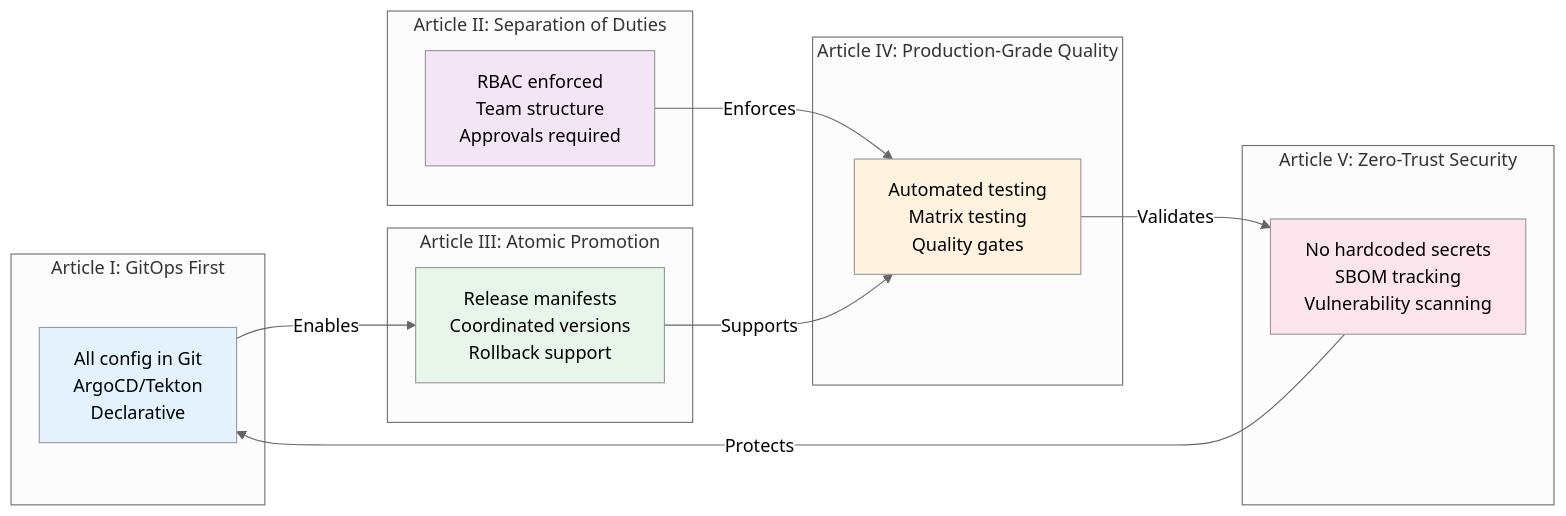
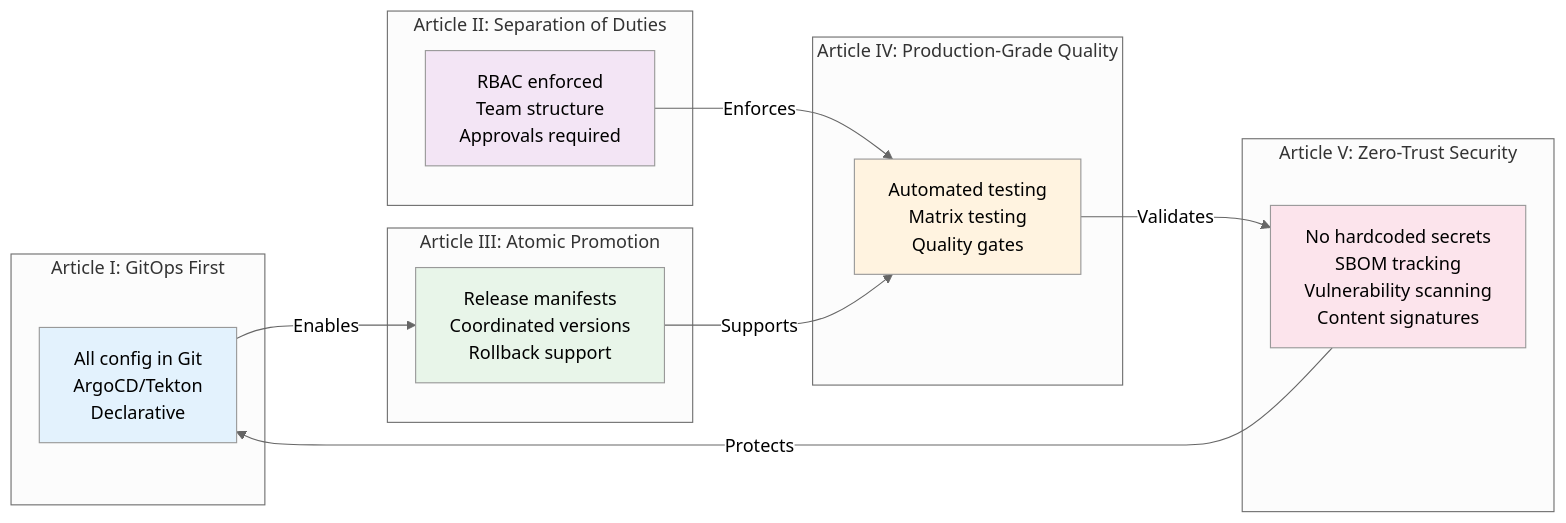
Before and after one commit to djdanielsson/rh1-docs: the seventh of 9 diagrams in docs/diagrams/PLATFORM-ARCHITECTURE.md, drawn with Mermaid (neutral theme). The commit also changed other lines of this file and 12 other files, not shown here.

````diff
--- a/docs/diagrams/PLATFORM-ARCHITECTURE.md
+++ b/docs/diagrams/PLATFORM-ARCHITECTURE.md
@@ -370,34 +374,34 @@
 ```mermaid
 graph LR
     subgraph "Article I: GitOps First"
         A1[All config in Git<br/>ArgoCD/Tekton<br/>Declarative]
     end
 
     subgraph "Article II: Separation of Duties"
         A2[RBAC enforced<br/>Team structure<br/>Approvals required]
     end
 
     subgraph "Article III: Atomic Promotion"
         A3[Release manifests<br/>Coordinated versions<br/>Rollback support]
     end
 
     subgraph "Article IV: Production-Grade Quality"
         A4[Automated testing<br/>Matrix testing<br/>Quality gates]
     end
 
     subgraph "Article V: Zero-Trust Security"
-        A5[No hardcoded secrets<br/>SBOM tracking<br/>Vulnerability scanning]
+        A5[No hardcoded secrets<br/>SBOM tracking<br/>Vulnerability scanning<br/>Content signatures]
     end
 
     A1 -->|Enables| A3
     A2 -->|Enforces| A4
     A3 -->|Supports| A4
     A4 -->|Validates| A5
     A5 -->|Protects| A1
 
     style A1 fill:#e3f2fd
     style A2 fill:#f3e5f5
     style A3 fill:#e8f5e9
     style A4 fill:#fff3e0
     style A5 fill:#fce4ec
 ```
````
